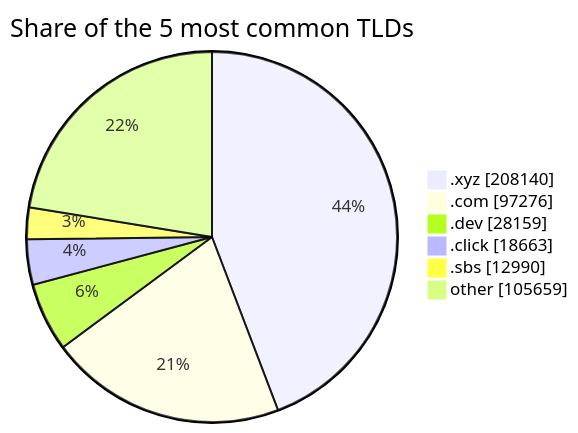
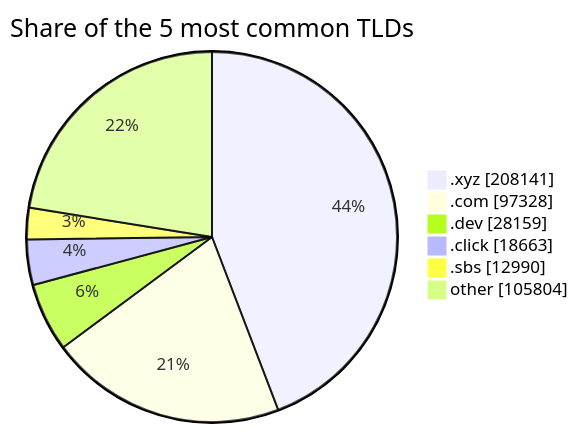
The second of 2 diagrams in README.md (DNSBunker/CTI), drawn with Mermaid before and after one commit. The commit also changed other lines of this file and 3 other files, not shown here.

````diff
--- a/README.md
+++ b/README.md
@@ -72,9 +72,9 @@
 ```mermaid
 pie showData title Share of the 5 most common TLDs
-    ".xyz" : 208140
-    ".com" : 97276
+    ".xyz" : 208141
+    ".com" : 97328
     ".dev" : 28159
     ".click" : 18663
     ".sbs" : 12990
-    "other" : 105659
+    "other" : 105804
 ```
````
